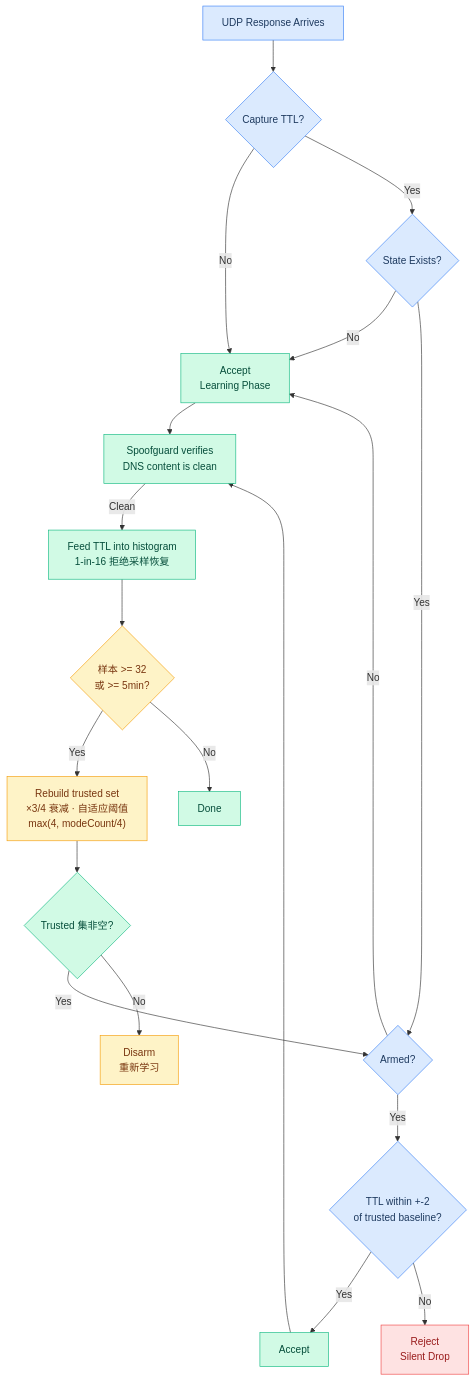
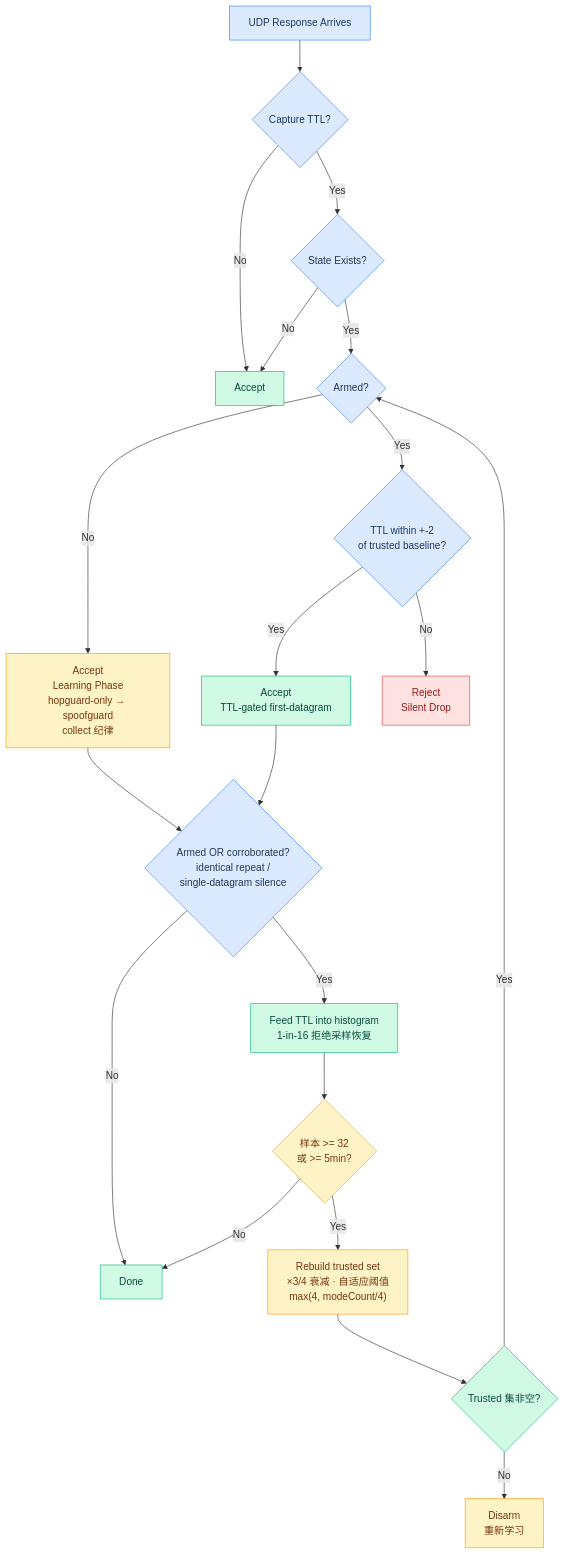
One commit to hezhijie0327/ZJDNS changed diagram 19 of 37 in docs/FLOWCHARTS.md. Above: the diagram before and after it, drawn with Mermaid. The commit also changed other lines of this file and 25 other files, not shown here.

````diff
--- a/docs/FLOWCHARTS.md
+++ b/docs/FLOWCHARTS.md
@@ -526,29 +526,30 @@
 ```mermaid
 graph TD
     Q[UDP Response Arrives] --> CAP{Capture TTL?}
     CAP -->|No| PASS[Accept]
     CAP -->|Yes| VS{State Exists?}
     VS -->|No| PASS
     VS -->|Yes| ARMED{Armed?}
-    ARMED -->|No| PASS[Accept<br/>Learning Phase]
+    ARMED -->|No| LEARN[Accept<br/>Learning Phase<br/>hopguard-only → spoofguard<br/>collect 纪律]
     ARMED -->|Yes| CHECK{TTL within +-2<br/>of trusted baseline?}
-    CHECK -->|Yes| PASS2[Accept]
+    CHECK -->|Yes| PASS2[Accept<br/>TTL-gated first-datagram]
     CHECK -->|No| REJECT[Reject<br/>Silent Drop]
-    PASS --> SPOOF[Spoofguard verifies<br/>DNS content is clean]
-    PASS2 --> SPOOF
-    SPOOF -->|Clean| FEED[Feed TTL into histogram<br/>1-in-16 拒绝采样恢复]
+    LEARN --> GATE
+    PASS2 --> GATE{"Armed OR corroborated?<br/>identical repeat /<br/>single-datagram silence"}
+    GATE -->|Yes| FEED[Feed TTL into histogram<br/>1-in-16 拒绝采样恢复]
+    GATE -->|No| DONE[Done — 不进基线]
     FEED --> TIMER{"样本 >= 32<br/>或 >= 5min?"}
     TIMER -->|Yes| REBUILD["Rebuild trusted set<br/>×3/4 衰减 · 自适应阈值<br/>max(4, modeCount/4)"]
     REBUILD --> ARM{Trusted 集非空?}
     ARM -->|Yes| ARMED
     ARM -->|No| DISARM[Disarm<br/>重新学习]
     TIMER -->|No| DONE[Done]
     classDef ok fill:#d1fae5,stroke:#10b981,color:#064e3b
     classDef reject fill:#fee2e2,stroke:#ef4444,color:#991b1b
     classDef learn fill:#fef3c7,stroke:#f59e0b,color:#78350f
     classDef pass fill:#dbeafe,stroke:#3b82f6,color:#1e3a5f
-    class PASS,PASS2,SPOOF,FEED,DONE,ARM ok
+    class PASS,PASS2,FEED,DONE,ARM ok
     class REJECT reject
-    class TIMER,REBUILD,DISARM learn
-    class Q,CAP,VS,ARMED,CHECK pass
+    class TIMER,REBUILD,DISARM,LEARN learn
+    class Q,CAP,VS,ARMED,CHECK,GATE pass
 ```
````
